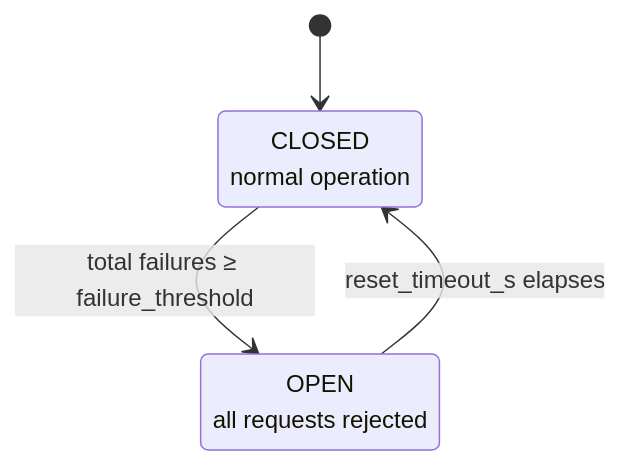
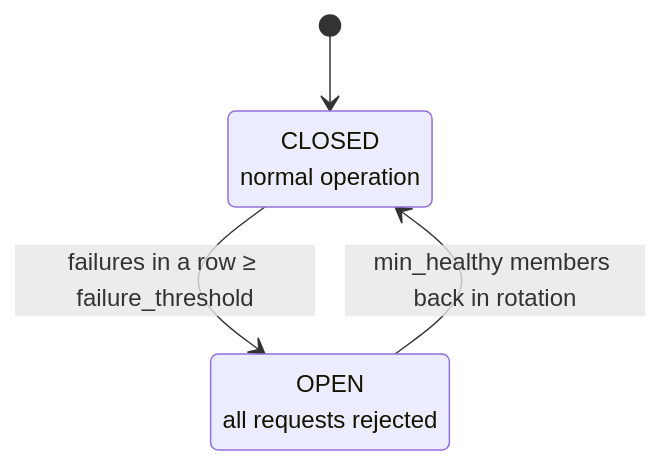
One commit to mcp-hangar/docs changed the diagram in guides/MCP_SERVER_GROUPS.md. Above: the diagram before and after it, drawn with Mermaid. The commit also changed other lines of this file and 5 other files, not shown here.

````diff
--- a/guides/MCP_SERVER_GROUPS.md
+++ b/guides/MCP_SERVER_GROUPS.md
@@ -273,9 +271,9 @@
 ```mermaid
 stateDiagram-v2
     CLOSED: CLOSED<br/>normal operation
     OPEN: OPEN<br/>all requests rejected
 
     [*] --> CLOSED
-    CLOSED --> OPEN: total failures ≥ failure_threshold
-    OPEN --> CLOSED: reset_timeout_s elapses
+    CLOSED --> OPEN: failures in a row ≥ failure_threshold
+    OPEN --> CLOSED: min_healthy members back in rotation
 ```
````
